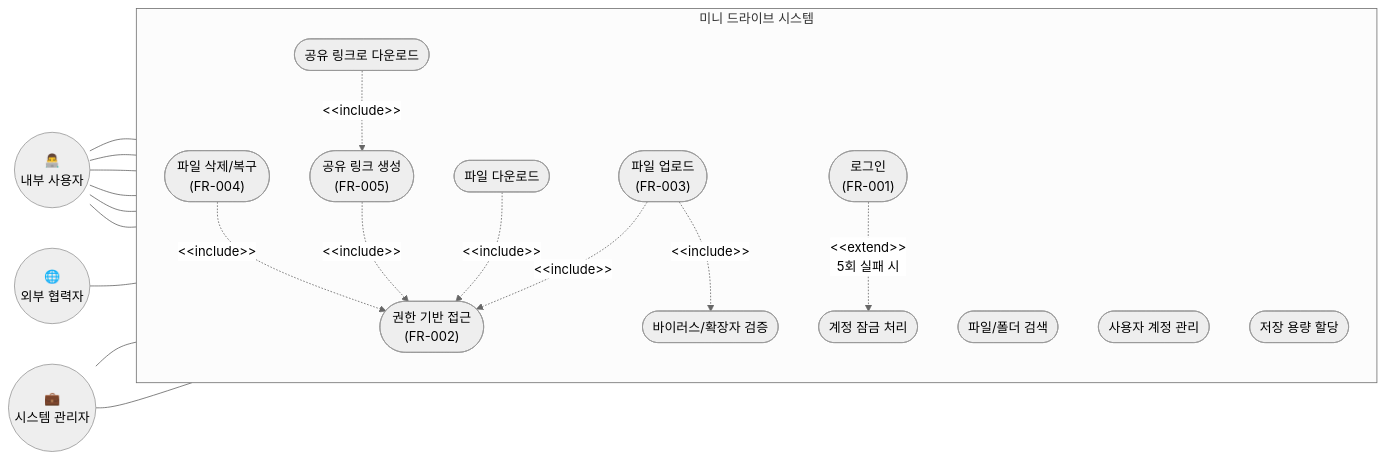
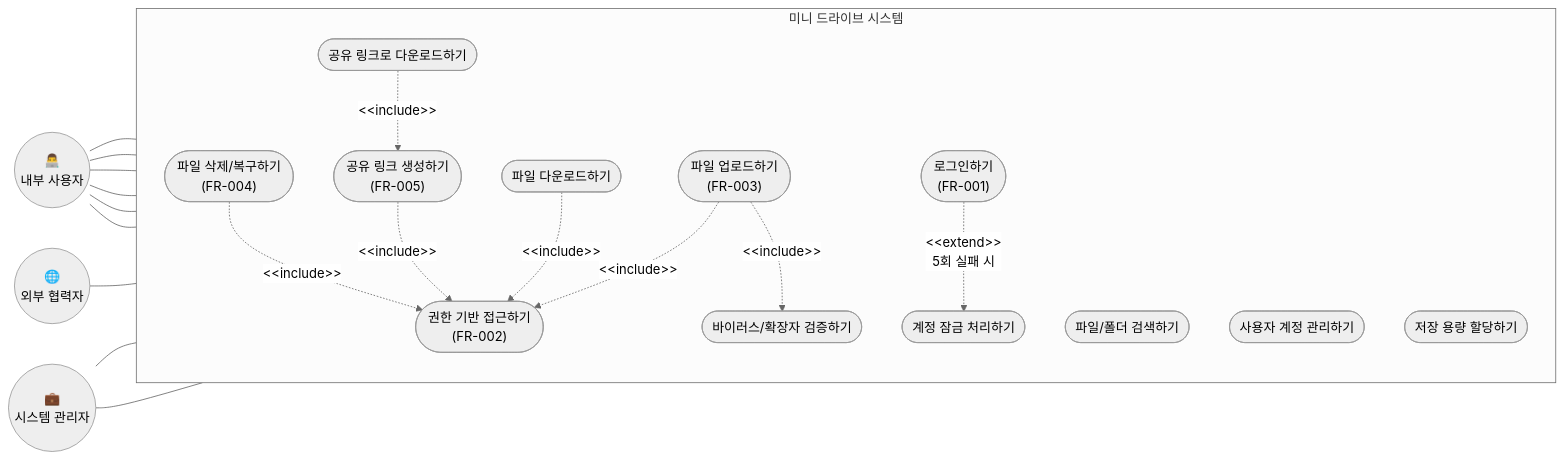
The first of 3 diagrams in doc/UML_Design.md (hjkim021118/se), drawn with Mermaid before and after one commit. The commit also changed other lines of this file, not shown here.

Commit message:
[UML Design] 유스케이스 설명형 -> 동사형 변경, WebUI, UploadController 클래스 다이어그램 추가

````diff
--- a/doc/UML_Design.md
+++ b/doc/UML_Design.md
@@ -23,49 +23,49 @@
 ```mermaid
 %%{init: {'theme':'neutral'}}%%
 flowchart LR
     %% Actors
     User(("👨‍💻<br/>내부 사용자"))
     External(("🌐<br/>외부 협력자"))
     Admin(("💼<br/>시스템 관리자"))
 
     %% System boundary
     subgraph MiniDrive [" 미니 드라이브 시스템 "]
         direction TB
-        UC1(["로그인<br/>(FR-001)"])
-        UC2(["파일 업로드<br/>(FR-003)"])
-        UC3(["파일 다운로드"])
-        UC4(["파일/폴더 검색"])
-        UC5(["공유 링크 생성<br/>(FR-005)"])
-        UC6(["파일 삭제/복구<br/>(FR-004)"])
-        UC7(["권한 기반 접근<br/>(FR-002)"])
-        UC8(["공유 링크로 다운로드"])
-        UC9(["사용자 계정 관리"])
-        UC10(["저장 용량 할당"])
-        UC11(["계정 잠금 처리"])
-        UC12(["바이러스/확장자 검증"])
+        UC1(["로그인하기<br/>(FR-001)"])
+        UC2(["파일 업로드하기<br/>(FR-003)"])
+        UC3(["파일 다운로드하기"])
+        UC4(["파일/폴더 검색하기"])
+        UC5(["공유 링크 생성하기<br/>(FR-005)"])
+        UC6(["파일 삭제/복구하기<br/>(FR-004)"])
+        UC7(["권한 기반 접근하기<br/>(FR-002)"])
+        UC8(["공유 링크로 다운로드하기"])
+        UC9(["사용자 계정 관리하기"])
+        UC10(["저장 용량 할당하기"])
+        UC11(["계정 잠금 처리하기"])
+        UC12(["바이러스/확장자 검증하기"])
     end
 
     %% User connections
     User --- UC1
     User --- UC2
     User --- UC3
     User --- UC4
     User --- UC5
     User --- UC6
 
     %% External connections
     External --- UC8
 
     %% Admin connections
     Admin --- UC9
     Admin --- UC10
 
     %% Include / Extend relationships
     UC2 -.->|"&lt;&lt;include&gt;&gt;"| UC7
     UC3 -.->|"&lt;&lt;include&gt;&gt;"| UC7
     UC5 -.->|"&lt;&lt;include&gt;&gt;"| UC7
     UC6 -.->|"&lt;&lt;include&gt;&gt;"| UC7
     UC2 -.->|"&lt;&lt;include&gt;&gt;"| UC12
     UC1 -.->|"&lt;&lt;extend&gt;&gt;<br/>5회 실패 시"| UC11
     UC8 -.->|"&lt;&lt;include&gt;&gt;"| UC5
 ```
````
